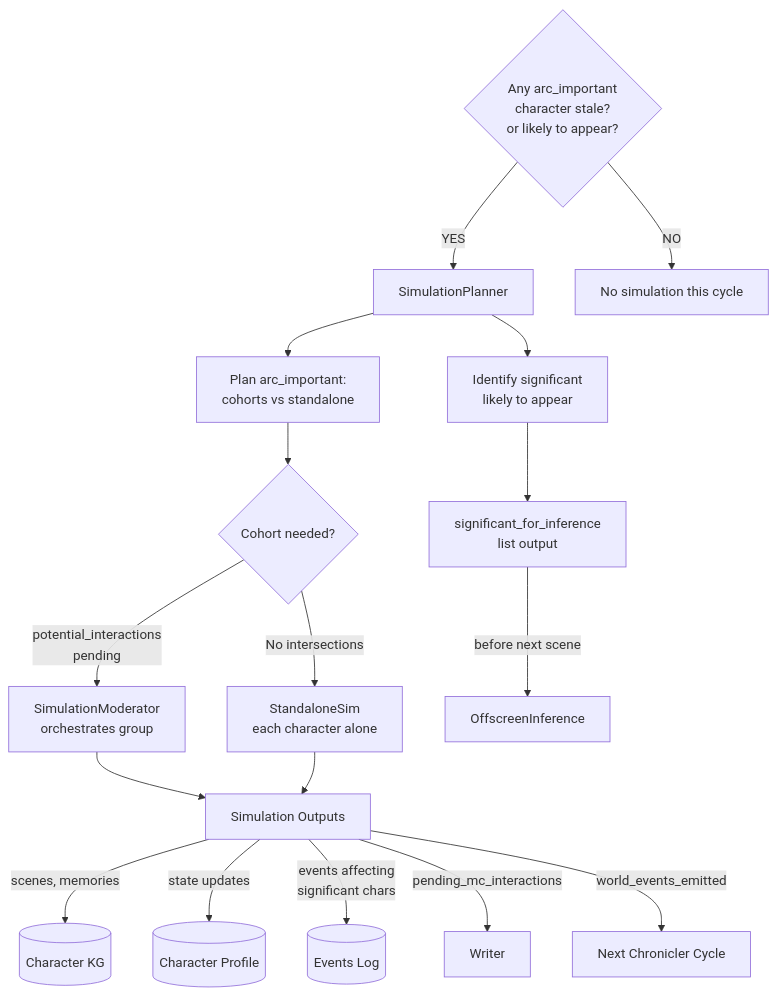
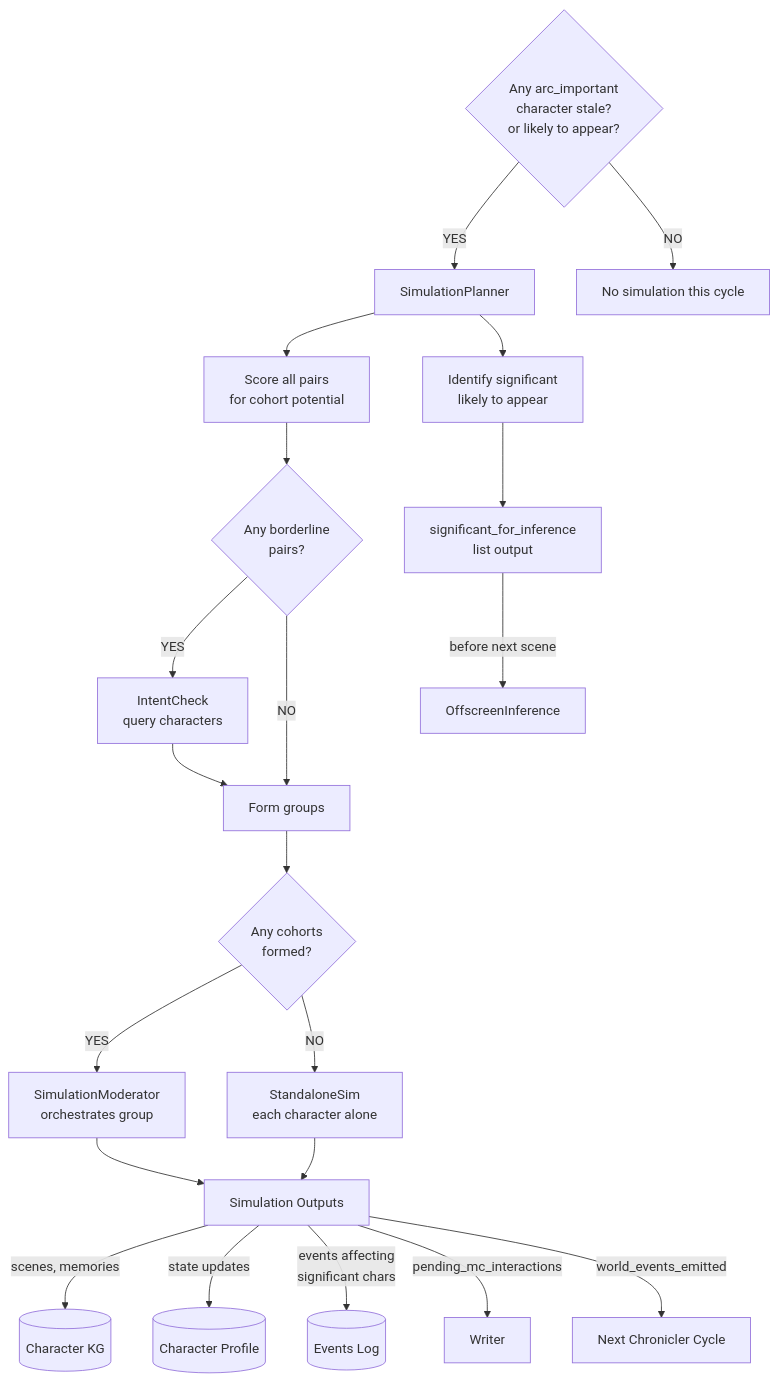
The third of 5 diagrams in doc/adr/SimulationSystemDesign.md (Czopenchauer/FableCraft), drawn with Mermaid before and after one commit. The commit also changed other lines of this file and 35 other files, not shown here.

````diff
--- a/doc/adr/SimulationSystemDesign.md
+++ b/doc/adr/SimulationSystemDesign.md
@@ -458,26 +443,31 @@
 ```mermaid
 flowchart TD
     Q{Any arc_important<br/>character stale?<br/>or likely to appear?}
     Q -->|YES| Plan[SimulationPlanner]
     Q -->|NO| Skip[No simulation this cycle]
     
-    Plan --> ArcPlan[Plan arc_important:<br/>cohorts vs standalone]
+    Plan --> Score[Score all pairs<br/>for cohort potential]
+    Score --> Uncertain{Any borderline<br/>pairs?}
+    
+    Uncertain -->|YES| IC[IntentCheck<br/>query characters]
+    Uncertain -->|NO| Form[Form groups]
+    IC --> Form
+    
+    Form --> Check{Any cohorts<br/>formed?}
+    Check -->|YES| Cohort[SimulationModerator<br/>orchestrates group]
+    Check -->|NO| Standalone[StandaloneSim<br/>each character alone]
+    
     Plan --> SigPlan[Identify significant<br/>likely to appear]
-    
-    ArcPlan --> Check{Cohort needed?}
-    Check -->|potential_interactions<br/>pending| Cohort[SimulationModerator<br/>orchestrates group]
-    Check -->|No intersections| Standalone[StandaloneSim<br/>each character alone]
-    
     SigPlan --> SigOut[significant_for_inference<br/>list output]
     
     Cohort --> Out[Simulation Outputs]
     Standalone --> Out
     
-    Out --> |scenes, memories| CharKG[(Character KG)]
-    Out --> |state updates| Profile[(Character Profile)]
-    Out --> |events affecting<br/>significant chars| EventsLog[(Events Log)]
-    Out --> |pending_mc_interactions| Writer
-    Out --> |world_events_emitted| NextChronicler[Next Chronicler Cycle]
+    Out -->|scenes, memories| CharKG[(Character KG)]
+    Out -->|state updates| Profile[(Character Profile)]
+    Out -->|events affecting<br/>significant chars| EventsLog[(Events Log)]
+    Out -->|pending_mc_interactions| Writer
+    Out -->|world_events_emitted| NextChronicler[Next Chronicler Cycle]
     
-    SigOut --> |before next scene| OI[OffscreenInference]
+    SigOut -->|before next scene| OI[OffscreenInference]
 ```
````
